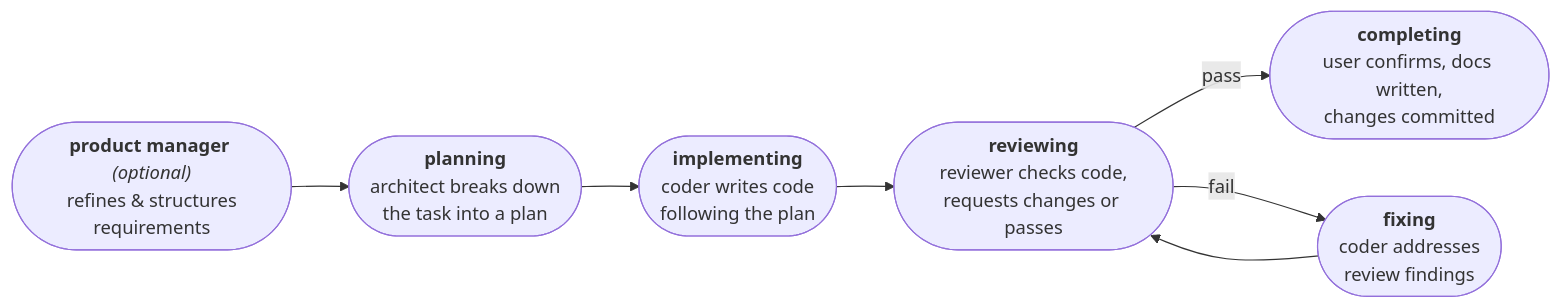
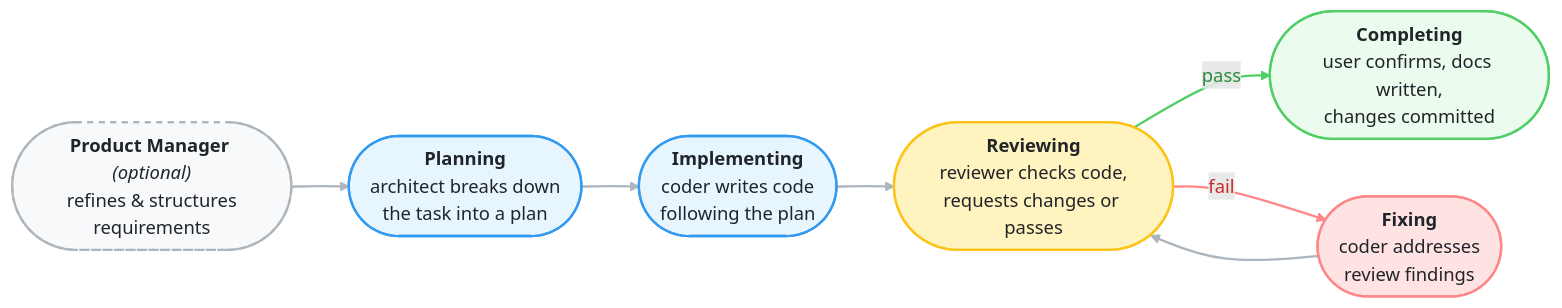
The diagram in README.md (derai7974/AgentMux), drawn with Mermaid before and after one commit.

Commit message:
Fix formatting and capitalization in README.md

````diff
--- a/README.md
+++ b/README.md
@@ -18,28 +18,42 @@
 ```mermaid
 flowchart LR
-    PM(["`**product manager** *(optional)*
+    %% -- Styling Klassen (Modern & Übersichtlich) --
+    classDef optional fill:#f8f9fa,stroke:#adb5bd,stroke-width:2px,stroke-dasharray: 5 5,color:#212529,rx:8,ry:8
+    classDef process fill:#e7f5ff,stroke:#339af0,stroke-width:2px,color:#212529,rx:8,ry:8
+    classDef review fill:#fff3bf,stroke:#fcc419,stroke-width:2px,color:#212529,rx:8,ry:8
+    classDef success fill:#ebfbee,stroke:#51cf66,stroke-width:2px,color:#212529,rx:8,ry:8
+    classDef fixing fill:#ffe3e3,stroke:#ff8787,stroke-width:2px,color:#212529,rx:8,ry:8
+
+    %% -- Knoten (Nodes) mit zugewiesenen Klassen --
+    PM(["`**Product Manager** *(optional)*
     refines & structures
-    requirements`"]) --> PL
+    requirements`"]):::optional --> PL
 
-    PL(["`**planning**
+    PL(["`**Planning**
     architect breaks down
-    the task into a plan`"]) --> IM
+    the task into a plan`"]):::process --> IM
 
-    IM(["`**implementing**
+    IM(["`**Implementing**
     coder writes code
-    following the plan`"]) --> RV
+    following the plan`"]):::process --> RV
 
-    RV(["`**reviewing**
+    RV(["`**Reviewing**
     reviewer checks code,
-    requests changes or passes`"])
+    requests changes or passes`"]):::review
 
-    RV -->|pass| CO(["`**completing**
+    RV -->|pass| CO(["`**Completing**
     user confirms, docs written,
-    changes committed`"])
+    changes committed`"]):::success
 
-    RV -->|fail| FX(["`**fixing**
+    RV -->|fail| FX(["`**Fixing**
     coder addresses
-    review findings`"])
+    review findings`"]):::fixing
 
     FX --> RV
+
+    %% -- Linien-Styling (Farblich passend zu den Aktionen) --
+    %% Indizes: 0=PM->PL, 1=PL->IM, 2=IM->RV, 3=RV->CO(pass), 4=RV->FX(fail), 5=FX->RV
+    linkStyle 0,1,2,5 stroke:#adb5bd,stroke-width:2px
+    linkStyle 3 stroke:#51cf66,stroke-width:2px,color:#2b8a3e
+    linkStyle 4 stroke:#ff8787,stroke-width:2px,color:#c92a2a
 ```
````
